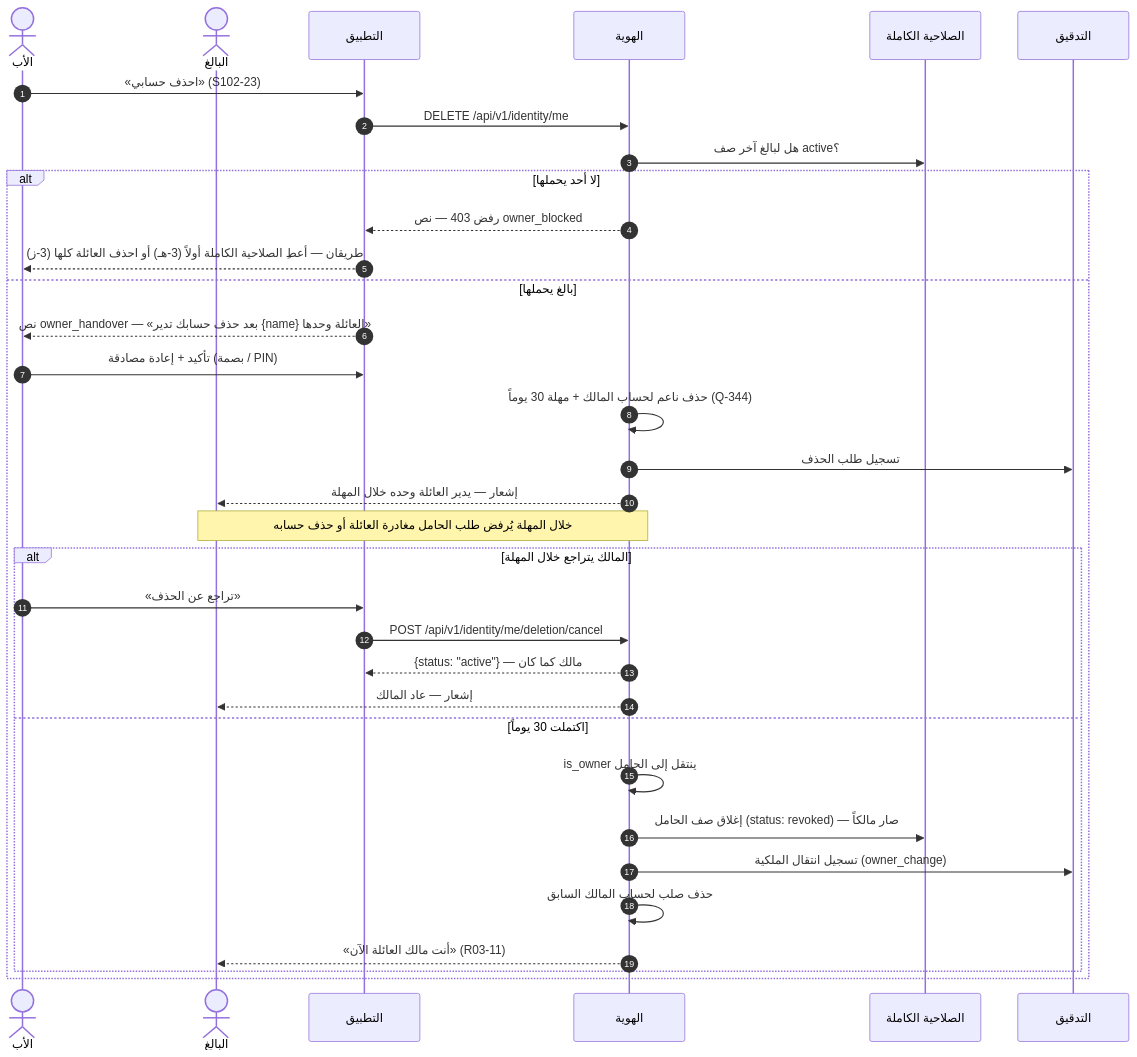
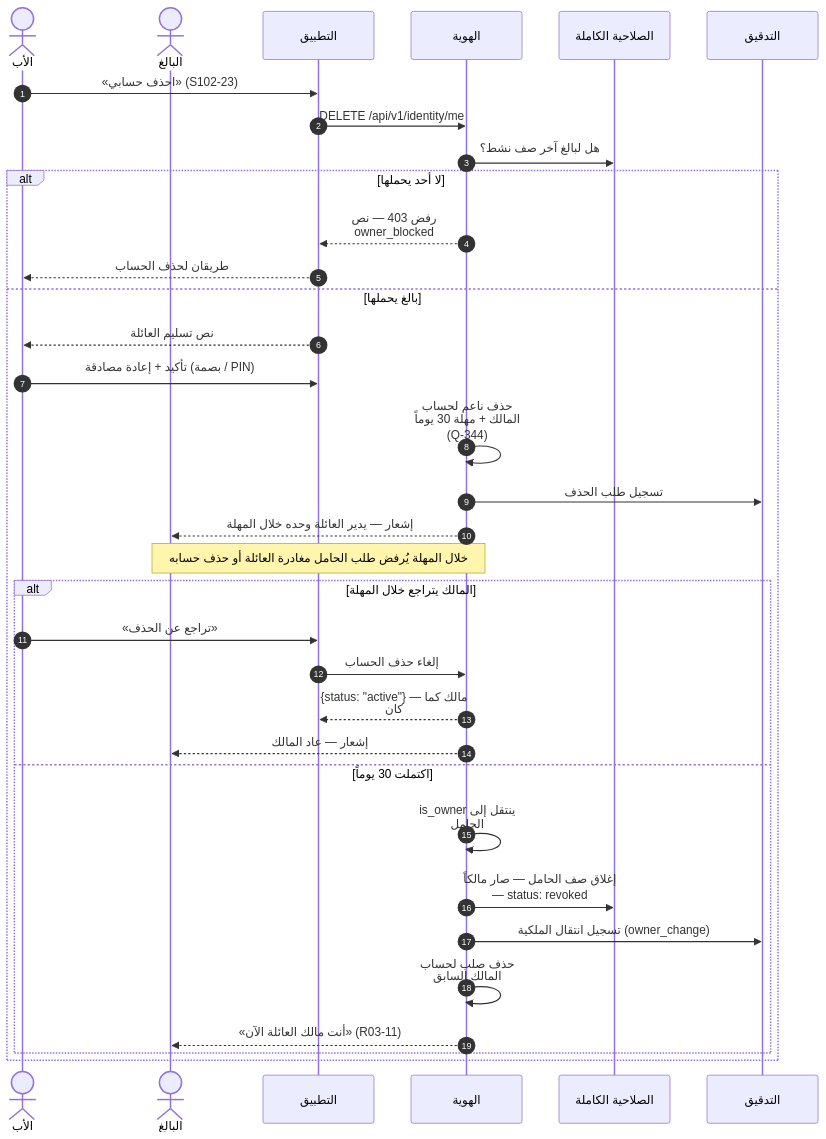
One commit to Bassam-mohammed-alqaeadi/family-os-v2 changed diagram 16 of 39 in docs/family-os/governance/phases/phase-1/S1-03-family-roles-and-permissions/DIAGRAMS.md. Above: the diagram before and after it, drawn with Mermaid. The commit also changed other lines of this file, not shown here.

````diff
--- a/docs/family-os/governance/phases/phase-1/S1-03-family-roles-and-permissions/DIAGRAMS.md
+++ b/docs/family-os/governance/phases/phase-1/S1-03-family-roles-and-permissions/DIAGRAMS.md
@@ -646,36 +721,37 @@
 ```mermaid
+%%{init: {"sequence": {"wrap": true}}}%%
 sequenceDiagram
     autonumber
     actor Father as الأب
     actor Adult as البالغ
     participant App as التطبيق
     participant S102 as الهوية
     participant FA as الصلاحية الكاملة
     participant Audit as التدقيق
     Father->>App: «احذف حسابي» (S102-23)
     App->>S102: DELETE /api/v1/identity/me
-    S102->>FA: هل لبالغ آخر صف active؟
+    S102->>FA: هل لبالغ آخر صف نشط؟
     alt لا أحد يحملها
         S102-->>App: رفض 403 — نص owner_blocked
-        App-->>Father: طريقان — أعطِ الصلاحية الكاملة أولاً (3-هـ) أو احذف العائلة كلها (3-ز)
+        App-->>Father: طريقان لحذف الحساب
     else بالغ يحملها
-        App-->>Father: نص owner_handover — «بعد حذف حسابك تدير {name} العائلة وحدها»
+        App-->>Father: نص تسليم العائلة
         Father->>App: تأكيد + إعادة مصادقة (بصمة / PIN)
         S102->>S102: حذف ناعم لحساب المالك + مهلة 30 يوماً (Q-344)
         S102->>Audit: تسجيل طلب الحذف
         S102-->>Adult: إشعار — يدير العائلة وحده خلال المهلة
         Note over S102,Adult: خلال المهلة يُرفض طلب الحامل مغادرة العائلة أو حذف حسابه
         alt المالك يتراجع خلال المهلة
             Father->>App: «تراجع عن الحذف»
-            App->>S102: POST /api/v1/identity/me/deletion/cancel
+            App->>S102: إلغاء حذف الحساب
             S102-->>App: {status: "active"} — مالك كما كان
             S102-->>Adult: إشعار — عاد المالك
         else اكتملت 30 يوماً
             S102->>S102: is_owner ينتقل إلى الحامل
-            S102->>FA: إغلاق صف الحامل (status: revoked) — صار مالكاً
+            S102->>FA: إغلاق صف الحامل — صار مالكاً — status: revoked
             S102->>Audit: تسجيل انتقال الملكية (owner_change)
             S102->>S102: حذف صلب لحساب المالك السابق
             S102-->>Adult: «أنت مالك العائلة الآن» (R03-11)
         end
     end
 ```
````
